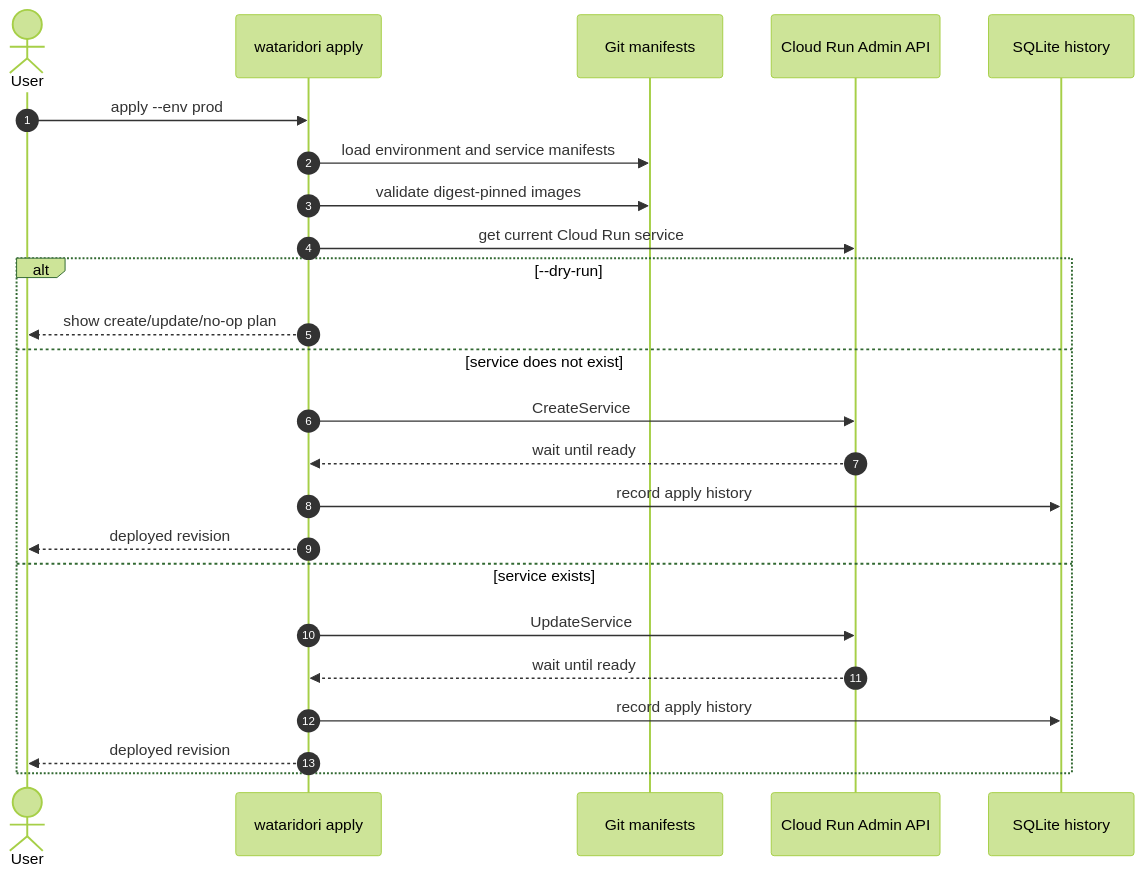
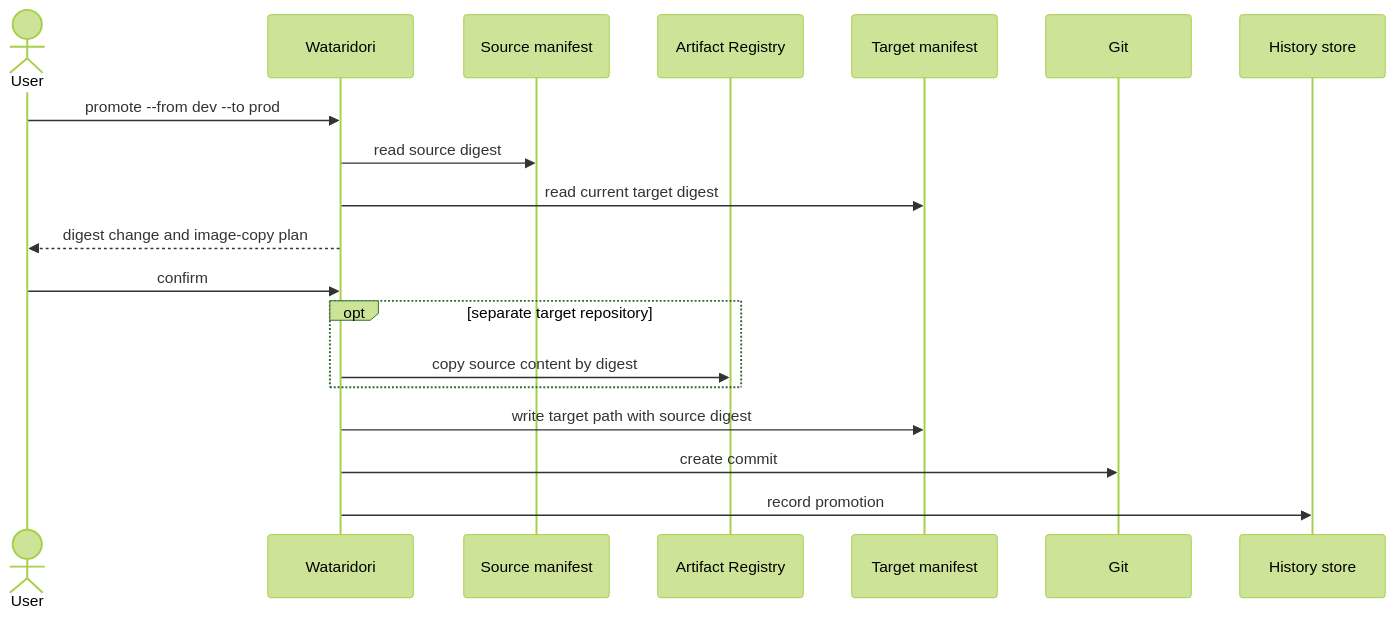
Before and after one commit to Retr0413/wataridori: the fourth of 7 diagrams in docs/system-flow.md, drawn with Mermaid (forest theme). The commit also changed other lines of this file and 15 other files, not shown here.

````diff
--- a/docs/system-flow.md
+++ b/docs/system-flow.md
@@ -133,28 +85,22 @@
 ```mermaid
 sequenceDiagram
-    autonumber
     actor User
-    participant CLI as wataridori apply
-    participant Repo as Git manifests
-    participant CR as Cloud Run Admin API
-    participant DB as SQLite history
+    participant W as Wataridori
+    participant Source as Source manifest
+    participant AR as Artifact Registry
+    participant Target as Target manifest
+    participant Git as Git
+    participant Store as History store
 
-    User->>CLI: apply --env prod
-    CLI->>Repo: load environment and service manifests
-    CLI->>Repo: validate digest-pinned images
-    CLI->>CR: get current Cloud Run service
-
-    alt --dry-run
-        CLI-->>User: show create/update/no-op plan
-    else service does not exist
-        CLI->>CR: CreateService
-        CR-->>CLI: wait until ready
-        CLI->>DB: record apply history
-        CLI-->>User: deployed revision
-    else service exists
-        CLI->>CR: UpdateService
-        CR-->>CLI: wait until ready
-        CLI->>DB: record apply history
-        CLI-->>User: deployed revision
+    User->>W: promote --from dev --to prod
+    W->>Source: read source digest
+    W->>Target: read current target digest
+    W-->>User: digest change and image-copy plan
+    User->>W: confirm
+    opt separate target repository
+        W->>AR: copy source content by digest
     end
+    W->>Target: write target path with source digest
+    W->>Git: create commit
+    W->>Store: record promotion
 ```
````
